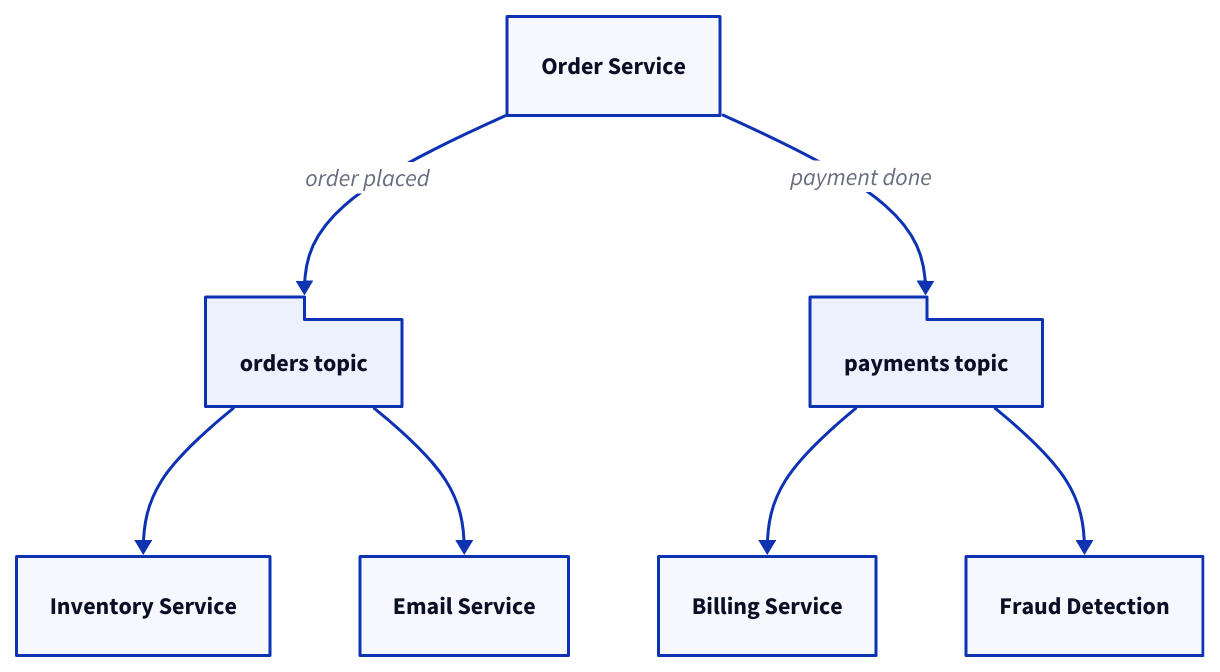
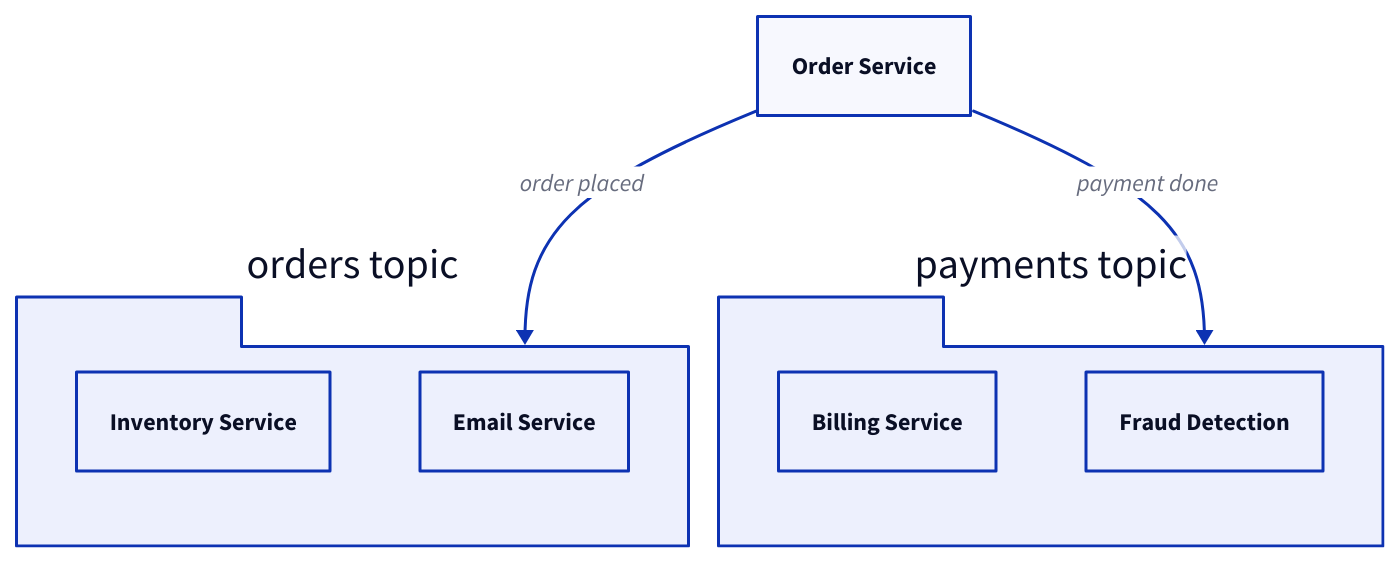
The second of 6 diagrams in src/content/blog/kafka-explained-like-you-are-5.md (g-savitha/gsavitha.in), drawn with D2 before and after one commit. The commit also changed other lines of this file and 16 other files, not shown here.

First line of the commit message:
Fix D2 diagrams: site palette, full-width SVG, restore charts

````diff
--- a/src/content/blog/kafka-explained-like-you-are-5.md
+++ b/src/content/blog/kafka-explained-like-you-are-5.md
@@ -94,16 +97,20 @@
 ```d2
 direction: down
 OS: "Order Service" {class: success}
-OT: "orders topic" {shape: package; class: accent}
-PT: "payments topic" {shape: package; class: accent}
-INV: "Inventory Service" {class: info}
-EMAIL: "Email Service" {class: info}
-BILL: "Billing Service" {class: info}
-FRAUD: "Fraud Detection" {class: info}
-OS -> OT: "order placed"
-OS -> PT: "payment done"
-OT -> INV
-OT -> EMAIL
-PT -> BILL
-PT -> FRAUD
+orders: "orders topic" {
+  shape: package
+  class: accent
+  direction: down
+  INV: "Inventory Service" {class: info}
+  EMAIL: "Email Service" {class: info}
+}
+payments: "payments topic" {
+  shape: package
+  class: accent
+  direction: down
+  BILL: "Billing Service" {class: info}
+  FRAUD: "Fraud Detection" {class: info}
+}
+OS -> orders: "order placed"
+OS -> payments: "payment done"
 ```
````
